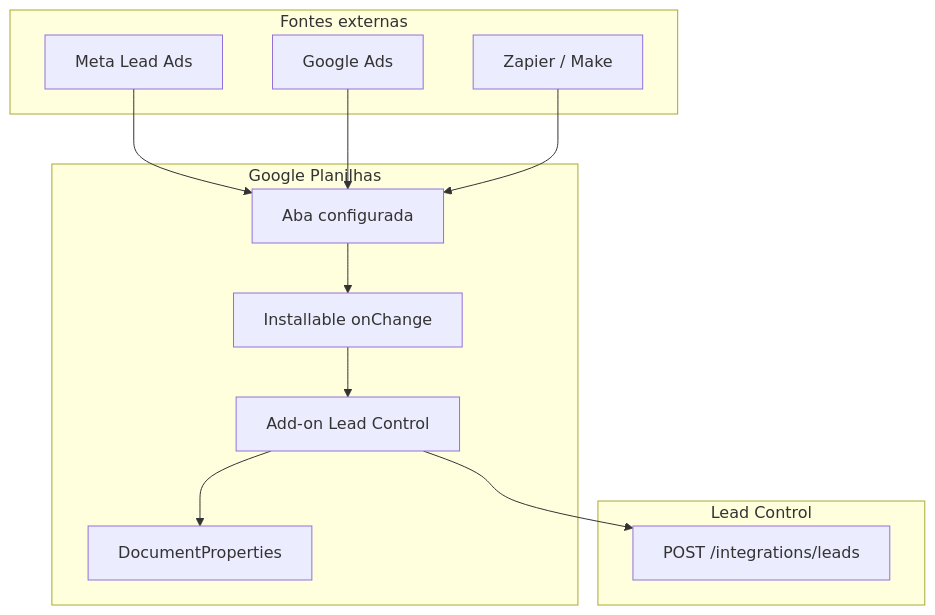
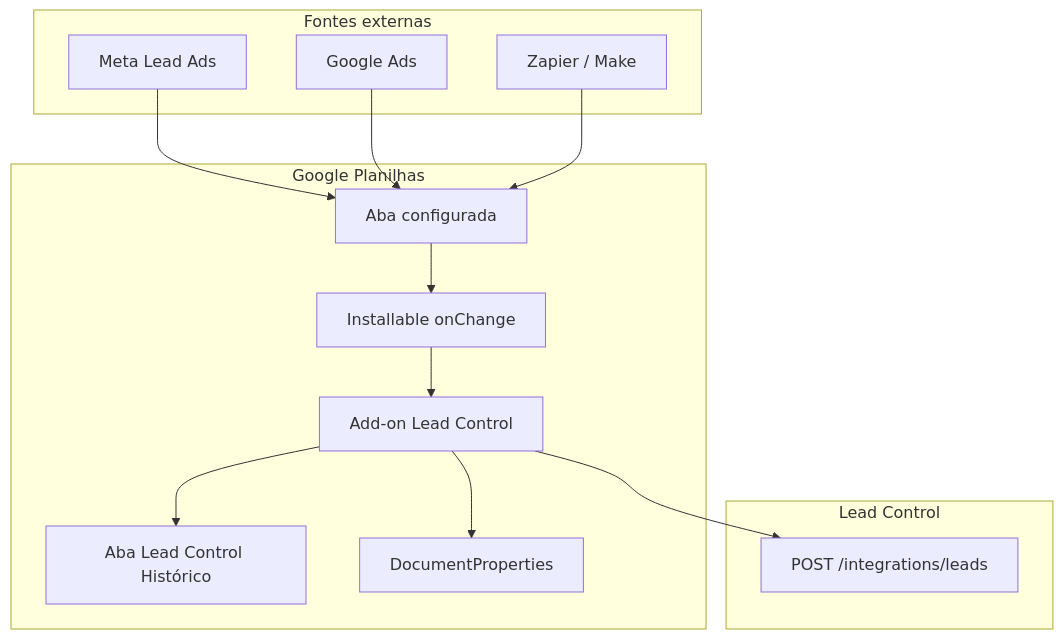
The diagram in docs/architecture.md (AurisAASI/gsheets-add-new-lead-integration), drawn with Mermaid before and after one commit. The commit also changed other lines of this file and 8 other files, not shown here.

First line of the commit message:
Enhance logging and history tracking for lead submissions

````diff
--- a/docs/architecture.md
+++ b/docs/architecture.md
@@ -9,27 +9,29 @@
 ```mermaid
 flowchart TD
     subgraph external [Fontes externas]
         Meta[Meta Lead Ads]
         GoogleAds[Google Ads]
         Zapier[Zapier / Make]
     end
 
     subgraph sheets [Google Planilhas]
         Sheet[Aba configurada]
+        History[Aba Lead Control Histórico]
         AddOn[Add-on Lead Control]
         Props[DocumentProperties]
         Trigger[Installable onChange]
     end
 
     subgraph leadcontrol [Lead Control]
         API[POST /integrations/leads]
     end
 
     Meta --> Sheet
     GoogleAds --> Sheet
     Zapier --> Sheet
     Sheet --> Trigger
     Trigger --> AddOn
     AddOn --> Props
     AddOn --> API
+    AddOn --> History
 ```
````
